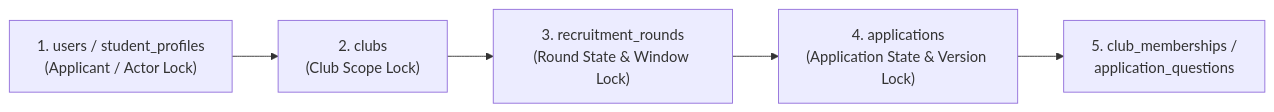
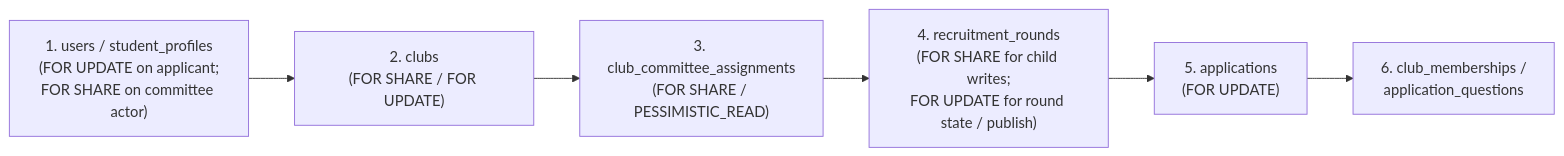
Before and after one commit to chanitnan0jr/TU_ClubHub_CS261: the diagram in docs/architecture/task75-sprint2-design.md, drawn with Mermaid. The commit also changed other lines of this file and 8 other files, not shown here.

Commit message:
docs(task75): resolve PR #59 review comments on OpenAPI schemas, locking order, and V1 DB alignment

````diff
--- a/docs/architecture/task75-sprint2-design.md
+++ b/docs/architecture/task75-sprint2-design.md
@@ -549,7 +598,8 @@
 ```mermaid
 flowchart LR
-    L1["1. users / student_profiles<br/>(Applicant / Actor Lock)"] --> L2["2. clubs<br/>(Club Scope Lock)"]
-    L2 --> L3["3. recruitment_rounds<br/>(Round State & Window Lock)"]
-    L3 --> L4["4. applications<br/>(Application State & Version Lock)"]
-    L4 --> L5["5. club_memberships /<br/>application_questions"]
+    L1["1. users / student_profiles<br/>(FOR UPDATE on applicant;<br/>FOR SHARE on committee actor)"] --> L2["2. clubs<br/>(FOR SHARE / FOR UPDATE)"]
+    L2 --> L3["3. club_committee_assignments<br/>(FOR SHARE / PESSIMISTIC_READ)"]
+    L3 --> L4["4. recruitment_rounds<br/>(FOR SHARE for child writes;<br/>FOR UPDATE for round state / publish)"]
+    L4 --> L5["5. applications<br/>(FOR UPDATE)"]
+    L5 --> L6["6. club_memberships /<br/>application_questions"]
 ```
````
